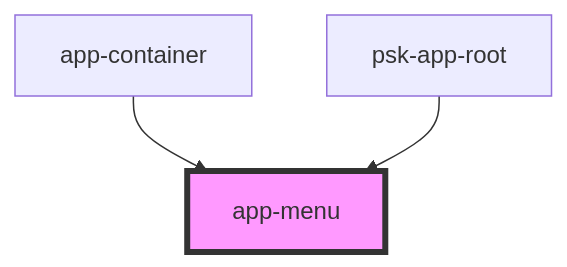
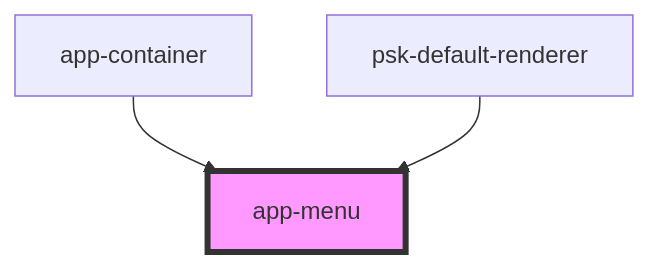
One commit to daniel-visoiu/cardinal changed the diagram in src/components/app-menu/readme.md. Above: the diagram before and after it, drawn with Mermaid. The commit also changed other lines of this file and 7 other files, not shown here.

Commit message:
added a default renderer for app-root

````diff
--- a/src/components/app-menu/readme.md
+++ b/src/components/app-menu/readme.md
@@ -33,6 +33,6 @@
 ```mermaid
 graph TD;
   app-container --> app-menu
-  psk-app-root --> app-menu
+  psk-default-renderer --> app-menu
   style app-menu fill:#f9f,stroke:#333,stroke-width:4px
 ```
````
